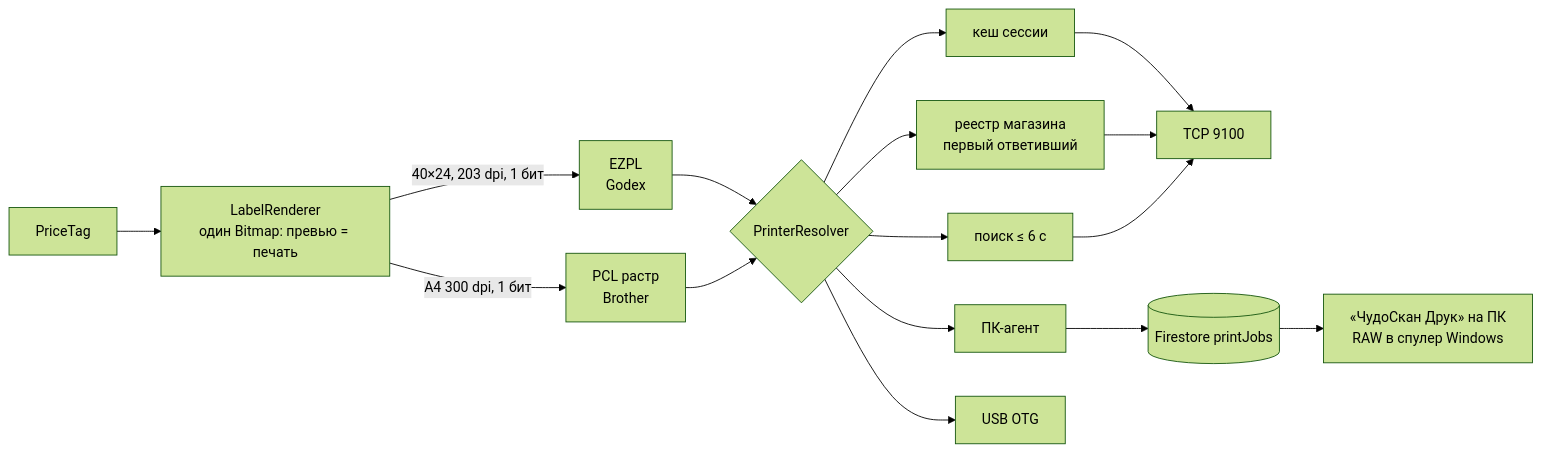
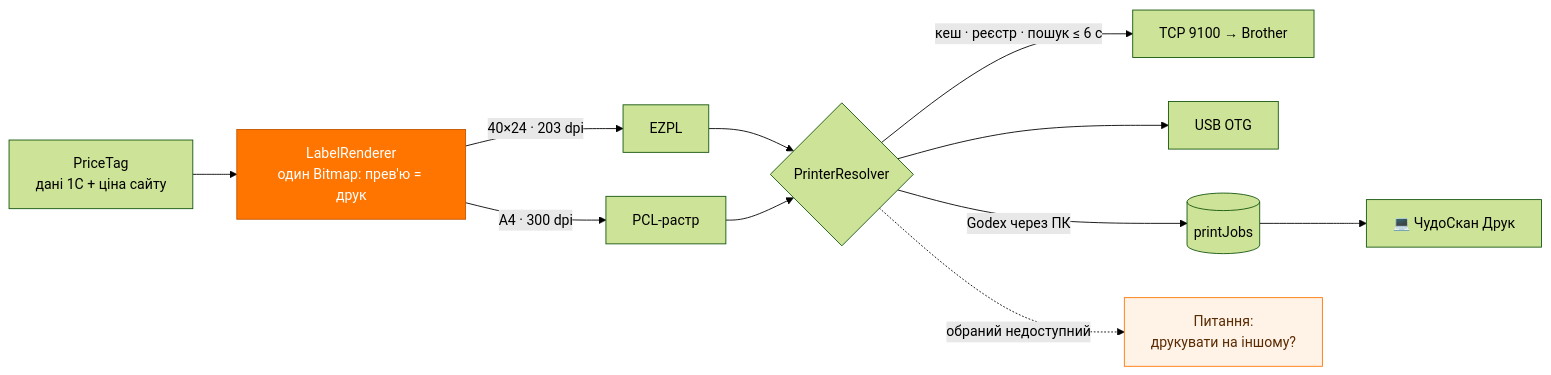
One commit to Nikifor3663636/chudoskan changed the eighth of 10 diagrams in ARCHITECTURE.md. Above: the diagram before and after it, drawn with Mermaid (forest theme). The commit also changed other lines of this file and 1 other file, not shown here.

First line of the commit message:
README і ARCHITECTURE: новий вигляд, діаграми, актуальний стан 3.0

````diff
--- a/ARCHITECTURE.md
+++ b/ARCHITECTURE.md
@@ -249,11 +287,16 @@
 ```mermaid
 flowchart LR
-    tag[PriceTag] --> r[LabelRenderer<br/>один Bitmap: превью = печать]
-    r -->|40×24, 203 dpi, 1 бит| ezpl[EZPL<br/>Godex]
-    r -->|A4 300 dpi, 1 бит| pcl[PCL растр<br/>Brother]
-    ezpl & pcl --> pick{PrinterResolver}
-    pick --> c[кеш сессии] & reg[реестр магазина<br/>первый ответивший] & disc[поиск ≤ 6 с] & agent[ПК-агент]
-    c & reg & disc --> tcp[TCP 9100]
-    pick --> usb[USB OTG]
-    agent --> jobs[(Firestore printJobs)] --> pc[«ЧудоСкан Друк» на ПК<br/>RAW в спулер Windows]
+    tag["PriceTag<br/>дані 1С + ціна сайту"] --> r["LabelRenderer<br/>один Bitmap: прев'ю = друк"]
+    r -->|"40×24 · 203 dpi"| ezpl["EZPL"]
+    r -->|"A4 · 300 dpi"| pcl["PCL-растр"]
+    ezpl & pcl --> pick{"PrinterResolver"}
+    pick -->|"кеш · реєстр · пошук ≤ 6 с"| tcp["TCP 9100 → Brother"]
+    pick --> usb["USB OTG"]
+    pick -->|Godex через ПК| jobs[("printJobs")] --> pc["💻 ЧудоСкан Друк"]
+    pick -.->|"обраний недоступний"| ask["Питання:<br/>друкувати на іншому?"]
+
+    classDef brand fill:#FF7500,stroke:#C25500,color:#fff;
+    classDef warn fill:#FFF3E8,stroke:#FF7500,color:#5A2A00;
+    class r brand;
+    class ask warn;
 ```
````
